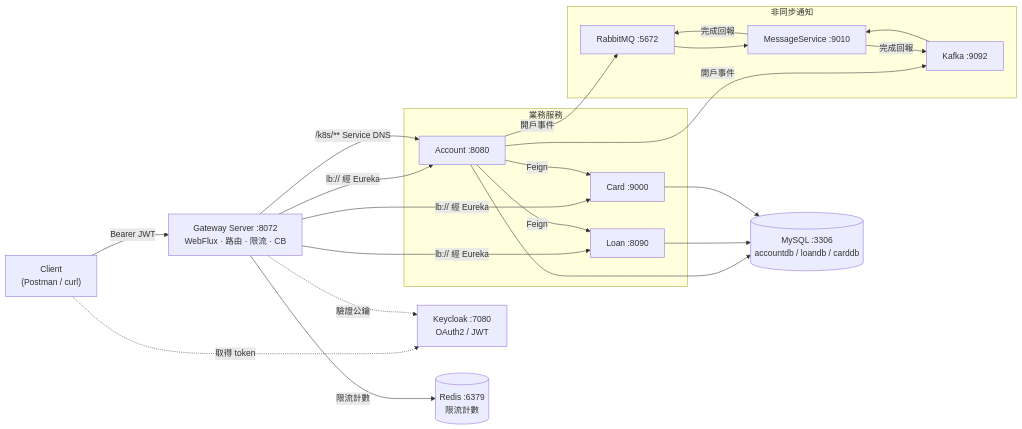
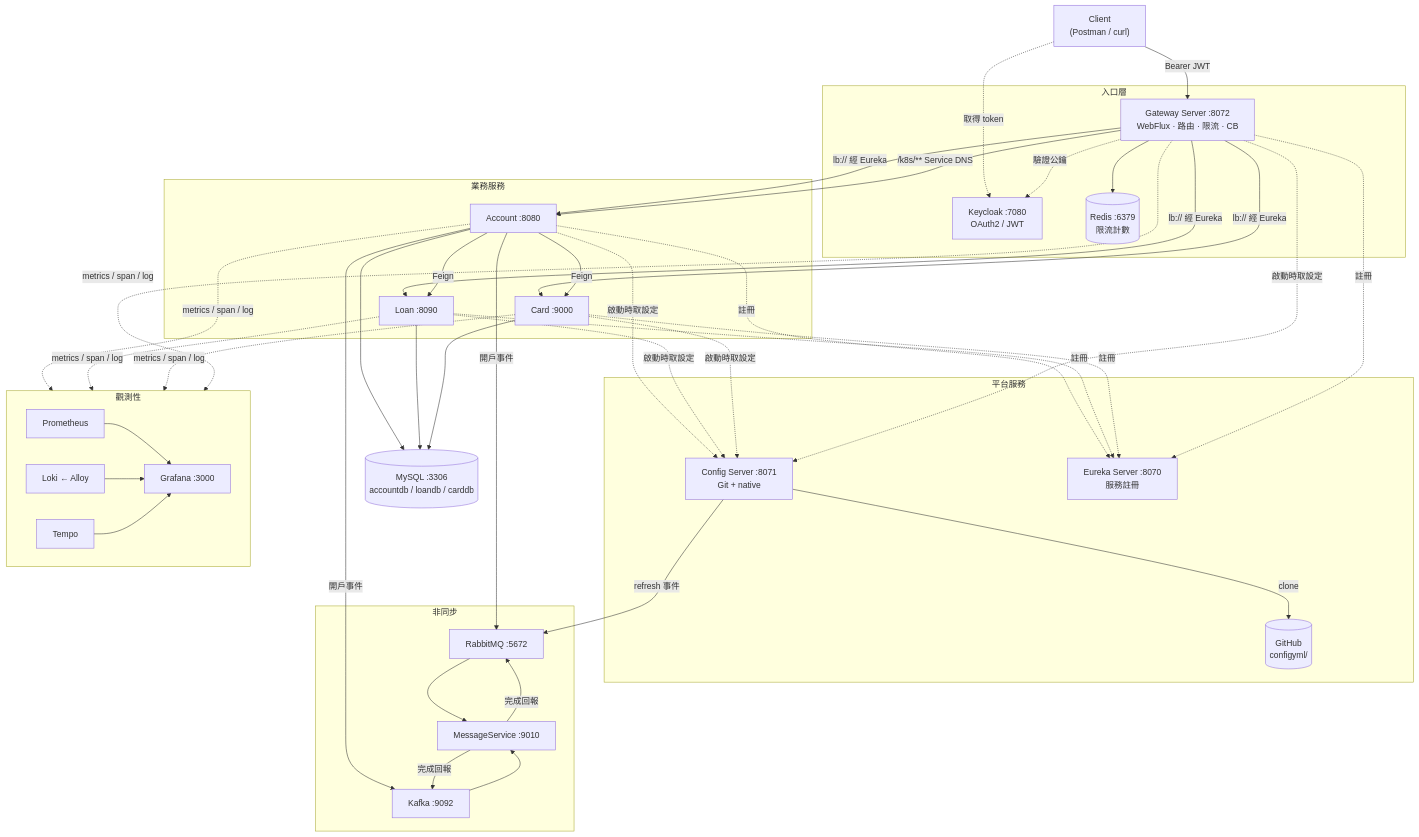
One commit to tonysk0210/springboot-microservices changed the first of 4 diagrams in README.md. Above: the diagram before and after it, drawn with Mermaid. The commit also changed other lines of this file, not shown here.

````diff
--- a/README.md
+++ b/README.md
@@ -102,36 +97,77 @@
 ```mermaid
-flowchart LR
+flowchart TB
     Client["Client<br/>(Postman / curl)"]
-    KC["Keycloak :7080<br/>OAuth2 / JWT"]
-    GW["Gateway Server :8072<br/>WebFlux · 路由 · 限流 · CB"]
-    Redis[("Redis :6379<br/>限流計數")]
+
+    subgraph Edge["入口層"]
+        KC["Keycloak :7080<br/>OAuth2 / JWT"]
+        GW["Gateway Server :8072<br/>WebFlux · 路由 · 限流 · CB"]
+        Redis[("Redis :6379<br/>限流計數")]
+    end
+
+    subgraph Platform["平台服務"]
+        CS["Config Server :8071<br/>Git + native"]
+        EU["Eureka Server :8070<br/>服務註冊"]
+        Git[("GitHub<br/>configyml/")]
+    end
 
     subgraph Biz["業務服務"]
         ACC["Account :8080"]
         LOAN["Loan :8090"]
         CARD["Card :9000"]
     end
 
-    DB[("MySQL :3306<br/>accountdb / loandb / carddb")]
-
-    subgraph Msg["非同步通知"]
+    subgraph Msg["非同步"]
         RMQ["RabbitMQ :5672"]
         KFK["Kafka :9092"]
         MS["MessageService :9010"]
     end
 
+    DB[("MySQL :3306<br/>accountdb / loandb / carddb")]
+
+    subgraph Obs["觀測性"]
+        PROM["Prometheus"]
+        LOKI["Loki ← Alloy"]
+        TEMPO["Tempo"]
+        GRAF["Grafana :3000"]
+    end
+
+    Client -->|Bearer JWT| GW
     Client -.取得 token.-> KC
-    Client -->|Bearer JWT| GW
     GW -.驗證公鑰.-> KC
-    GW -->|限流計數| Redis
+    GW --> Redis
     GW -->|lb:// 經 Eureka| ACC & LOAN & CARD
     GW -->|/k8s/** Service DNS| ACC
 
     ACC -->|Feign| LOAN
     ACC -->|Feign| CARD
     ACC & LOAN & CARD --> DB
 
+    CS -->|clone| Git
+    CS -->|refresh 事件| RMQ
+
     ACC -->|開戶事件| RMQ --> MS
     ACC -->|開戶事件| KFK --> MS
     MS -->|完成回報| RMQ & KFK
+
+    PROM & LOKI & TEMPO --> GRAF
+
+    %% ── 控制面（虛線）──
+    %% 逐條寫開而不是寫成 `ACC & LOAN & CARD & GW -.xxx.-> CS`：
+    %% 部分檢視器展開 `&` 時線型會不一致，逐條宣告最保險。
+    %% 也不要改用 linkStyle 上色：它依「邊的宣告順序索引」套用，
+    %% 不同 mermaid 版本算出的索引不一致，會變成只有部分虛線被套到。
+    ACC -.啟動時取設定.-> CS
+    LOAN -.啟動時取設定.-> CS
+    CARD -.啟動時取設定.-> CS
+    GW -.啟動時取設定.-> CS
+
+    ACC -.註冊.-> EU
+    LOAN -.註冊.-> EU
+    CARD -.註冊.-> EU
+    GW -.註冊.-> EU
+
+    ACC -."metrics / span / log".-> Obs
+    LOAN -."metrics / span / log".-> Obs
+    CARD -."metrics / span / log".-> Obs
+    GW -."metrics / span / log".-> Obs
 ```
````
